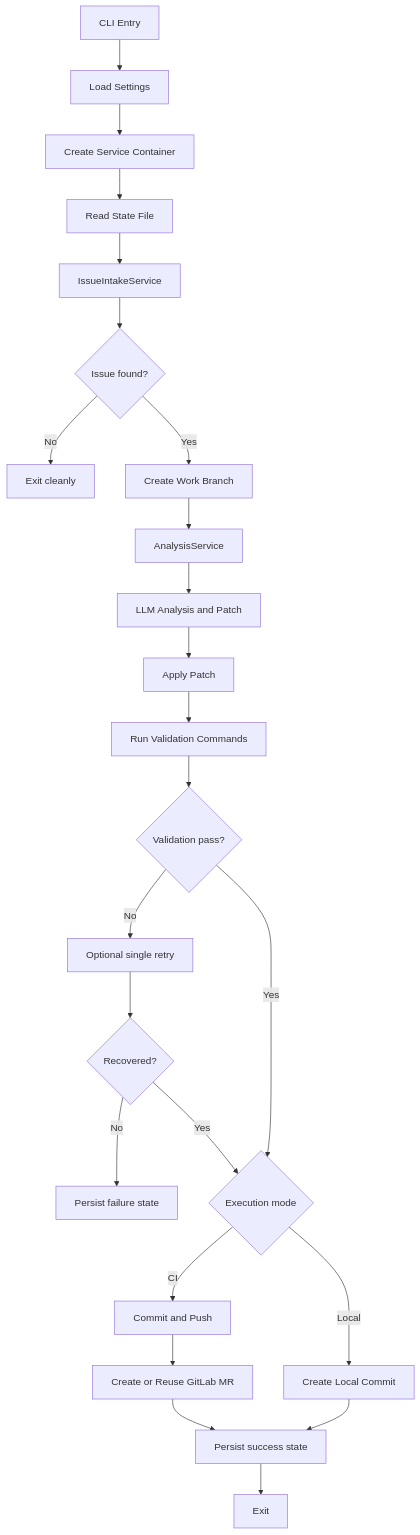
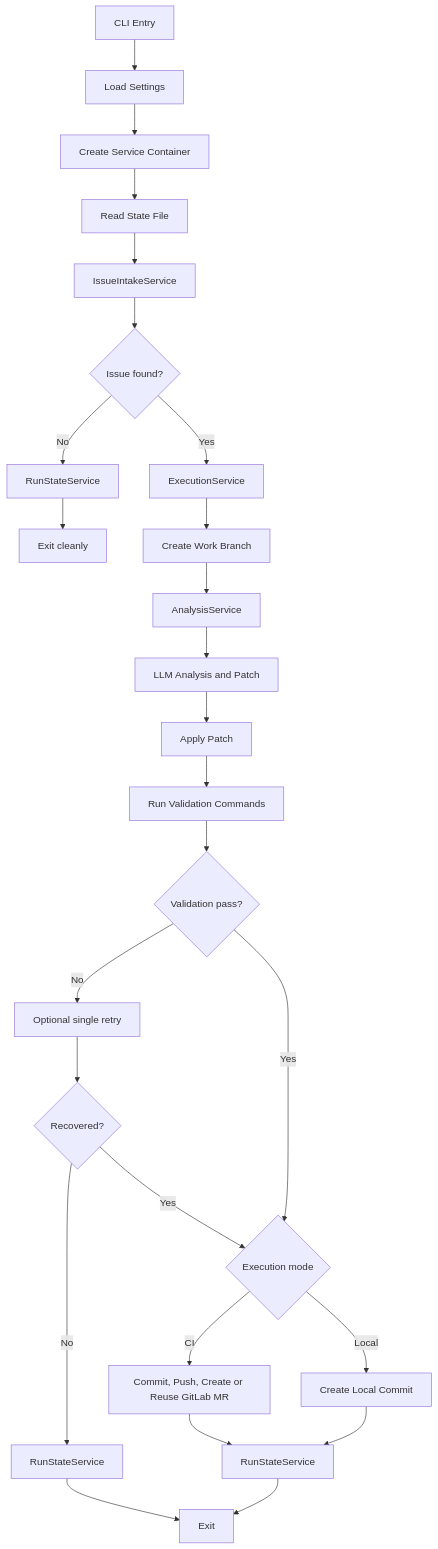
Before and after one commit to JustinMelger/ZeroOne-ops: the first of 2 diagrams in docs/technical-design.md, drawn with Mermaid. The commit also changed other lines of this file and 3 other files, not shown here.

Commit message:
tests: add tests for execution and state service

````diff
--- a/docs/technical-design.md
+++ b/docs/technical-design.md
@@ -124,26 +126,28 @@
 ```mermaid
 flowchart TD
     A[CLI Entry] --> B[Load Settings]
     B --> C[Create Service Container]
     C --> D[Read State File]
     D --> E[IssueIntakeService]
     E --> F{Issue found?}
-    F -- No --> H[Exit cleanly]
-    F -- Yes --> I[Create Work Branch]
-    I --> J[AnalysisService]
-    J --> K[LLM Analysis and Patch]
-    K --> L[Apply Patch]
-    L --> M[Run Validation Commands]
-    M --> N{Validation pass?}
-    N -- No --> O[Optional single retry]
-    O --> P{Recovered?}
-    P -- No --> Q[Persist failure state]
-    N -- Yes --> R{Execution mode}
-    P -- Yes --> R
-    R -- CI --> U[Commit and Push]
-    R -- Local --> V[Create Local Commit]
-    U --> W[Create or Reuse GitLab MR]
-    V --> X[Persist success state]
-    W --> X
-    X --> Y[Exit]
+    F -- No --> G[RunStateService]
+    G --> H[Exit cleanly]
+    F -- Yes --> I[ExecutionService]
+    I --> J[Create Work Branch]
+    J --> K[AnalysisService]
+    K --> L[LLM Analysis and Patch]
+    L --> M[Apply Patch]
+    M --> N[Run Validation Commands]
+    N --> O{Validation pass?}
+    O -- No --> P[Optional single retry]
+    P --> Q{Recovered?}
+    Q -- No --> R[RunStateService]
+    O -- Yes --> S{Execution mode}
+    Q -- Yes --> S
+    S -- CI --> T[Commit, Push, Create or Reuse GitLab MR]
+    S -- Local --> U[Create Local Commit]
+    T --> V[RunStateService]
+    U --> V
+    R --> W[Exit]
+    V --> W
 ```
````
